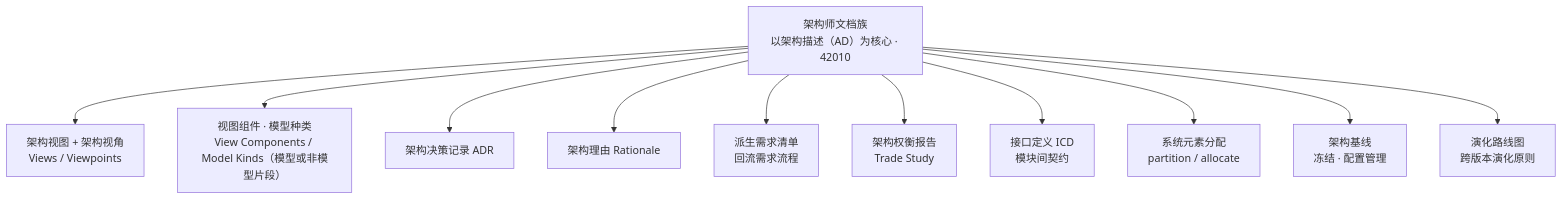
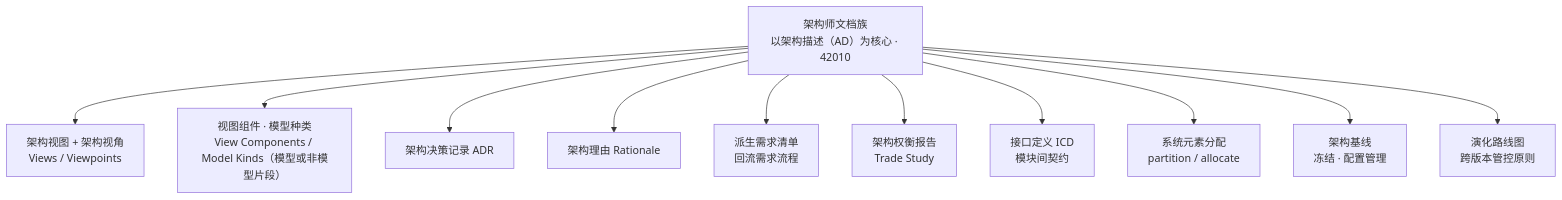
One commit to Yongjunzhou/AOS-system-design changed diagram 11 of 21 in 100-subprojects/01-系统工程研究/00-系统工程相关研究报告/13-工程角色谱系研究报告-从模块工程师到系统架构师.md. Above: the diagram before and after it, drawn with Mermaid. The commit also changed other lines of this file and 177 other files, not shown here.

````diff
--- a/100-subprojects/01-系统工程研究/00-系统工程相关研究报告/13-工程角色谱系研究报告-从模块工程师到系统架构师.md
+++ b/100-subprojects/01-系统工程研究/00-系统工程相关研究报告/13-工程角色谱系研究报告-从模块工程师到系统架构师.md
@@ -524,13 +524,13 @@
 ```mermaid
 flowchart TD
     AD["架构师文档族<br/>以架构描述（AD）为核心 · 42010"] --> V1["架构视图 + 架构视角<br/>Views / Viewpoints"]
     AD --> V2["视图组件 · 模型种类<br/>View Components / Model Kinds（模型或非模型片段）"]
     AD --> V3["架构决策记录 ADR"]
     AD --> V4["架构理由 Rationale"]
     AD --> V5["派生需求清单<br/>回流需求流程"]
     AD --> V6["架构权衡报告<br/>Trade Study"]
     AD --> V7["接口定义 ICD<br/>模块间契约"]
     AD --> V8["系统元素分配<br/>partition / allocate"]
     AD --> V9["架构基线<br/>冻结 · 配置管理"]
-    AD --> V10["演化路线图<br/>跨版本演化原则"]
+    AD --> V10["演化路线图<br/>跨版本管控原则"]
 ```
````
